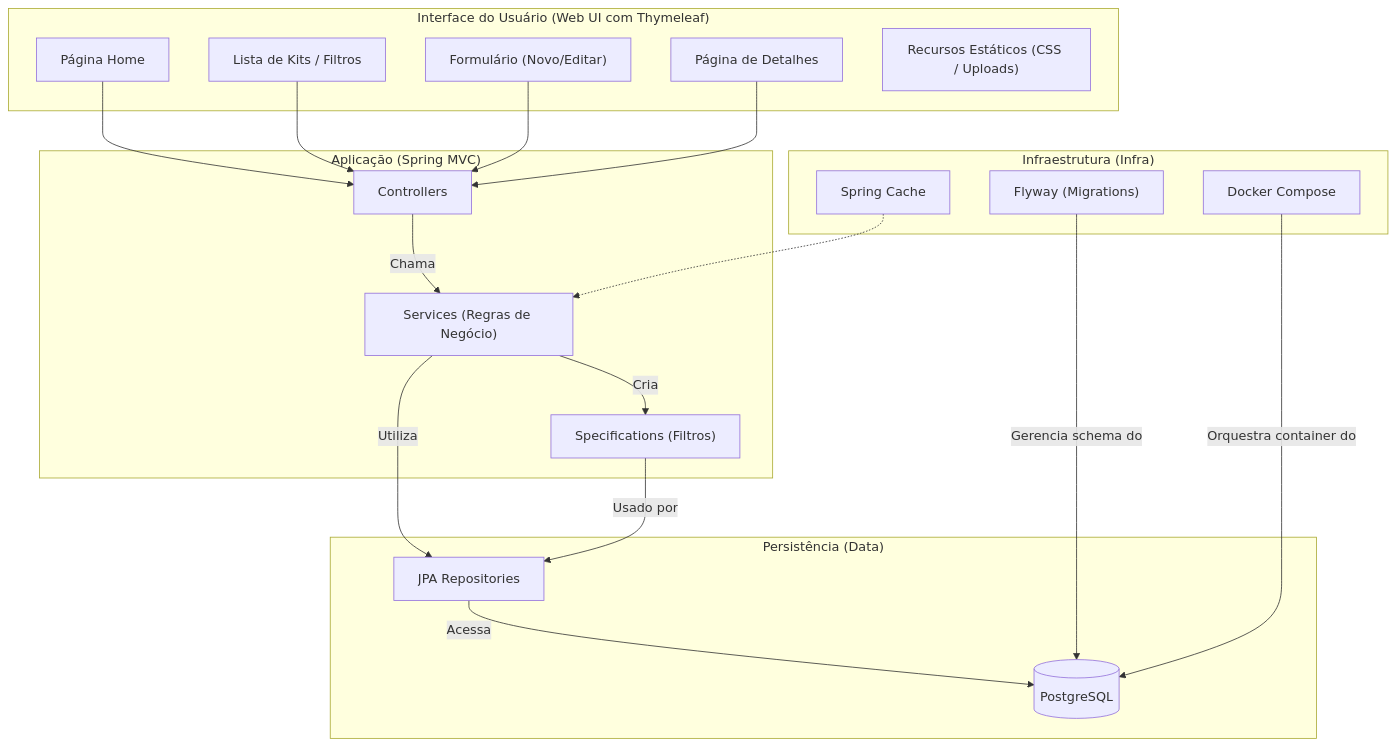
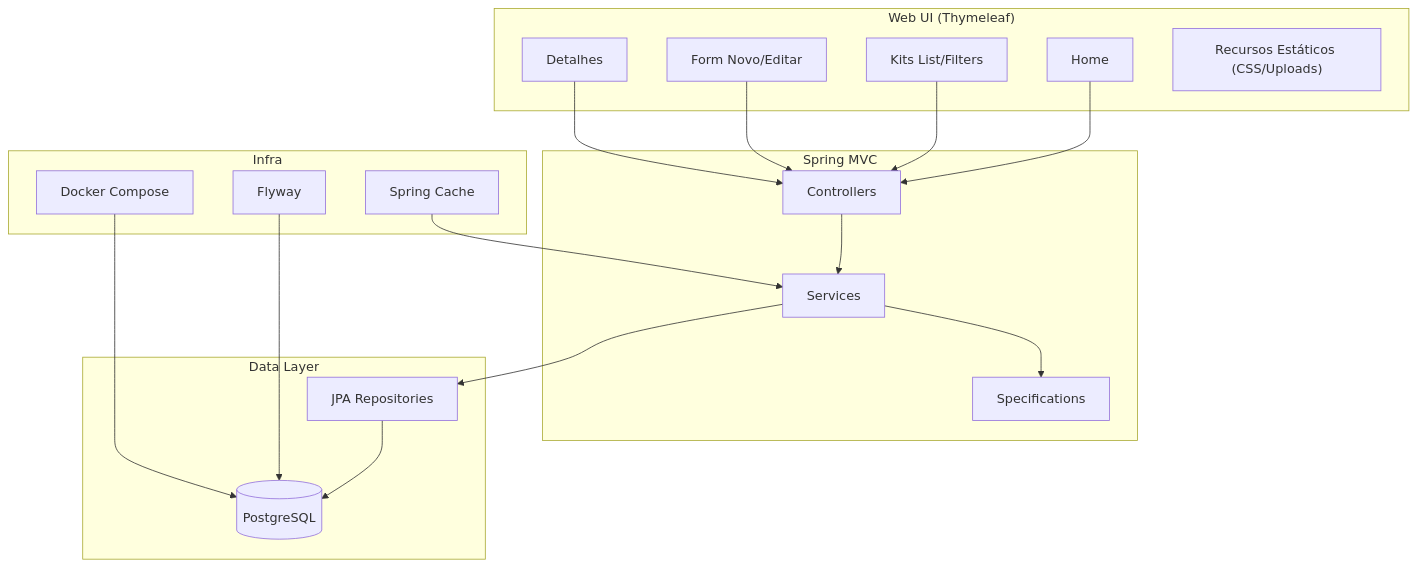
The diagram in GundamCollectionAdministrator/README.md (carmipa/Gundam_Administrator), drawn with Mermaid before and after one commit. The commit also changed other lines of this file, not shown here.

````diff
--- a/GundamCollectionAdministrator/README.md
+++ b/GundamCollectionAdministrator/README.md
@@ -52,44 +56,44 @@
 ```mermaid
 flowchart TB
-    subgraph "Interface do Usuário (Web UI com Thymeleaf)"
-        UI1["Página Home"]
-        UI2["Lista de Kits / Filtros"]
-        UI3["Formulário (Novo/Editar)"]
-        UI4["Página de Detalhes"]
-        UI5["Recursos Estáticos (CSS / Uploads)"]
-    end
 
-    subgraph "Aplicação (Spring MVC)"
-        C1["Controllers"]
-        S1["Services (Regras de Negócio)"]
-        V1["Specifications (Filtros)"]
-    end
+%% Camada Web
+subgraph Web["Web UI (Thymeleaf)"]
+  UI1[Home]
+  UI2["Kits List/Filters"]
+  UI3["Form Novo/Editar"]
+  UI4[Detalhes]
+  UI5["Recursos Estáticos (CSS/Uploads)"]
+end
 
-    subgraph "Persistência (Data)"
-        R1["JPA Repositories"]
-        DB[(PostgreSQL)]
-    end
+%% Camada MVC
+subgraph MVC["Spring MVC"]
+  C1[Controllers]
+  S1[Services]
+  V1[Specifications]
+end
 
-    subgraph "Infraestrutura (Infra)"
-        F1["Flyway (Migrations)"]
-        Cache["Spring Cache"]
-        Dk["Docker Compose"]
-    end
+%% Camada Data
+subgraph Data["Data Layer"]
+  R1["JPA Repositories"]
+  DB[(PostgreSQL)]
+end
 
-    %% Conexões do Fluxo Principal
-    UI1 --> C1
-    UI2 --> C1
-    UI3 --> C1
-    UI4 --> C1
+%% Ligações
+UI1 --> C1
+UI2 --> C1
+UI3 --> C1
+UI4 --> C1
+C1 --> S1 --> R1 --> DB
+S1 --> V1
 
-    C1 --"Chama"--> S1
-    S1 --"Utiliza"--> R1
-    S1 --"Cria"--> V1
-    V1 --"Usado por"--> R1
-    R1 --"Acessa"--> DB
+%% Infra
+subgraph Infra["Infra"]
+  F1[Flyway]
+  Cache[Spring Cache]
+  Dk[Docker Compose]
+end
 
-    %% Conexões da Infraestrutura
-    F1 --"Gerencia schema do"--> DB
-    Cache -.-> S1
-    Dk --"Orquestra container do"--> DB
+F1 --> DB
+Cache --> S1
+Dk --> DB
 ```
````
